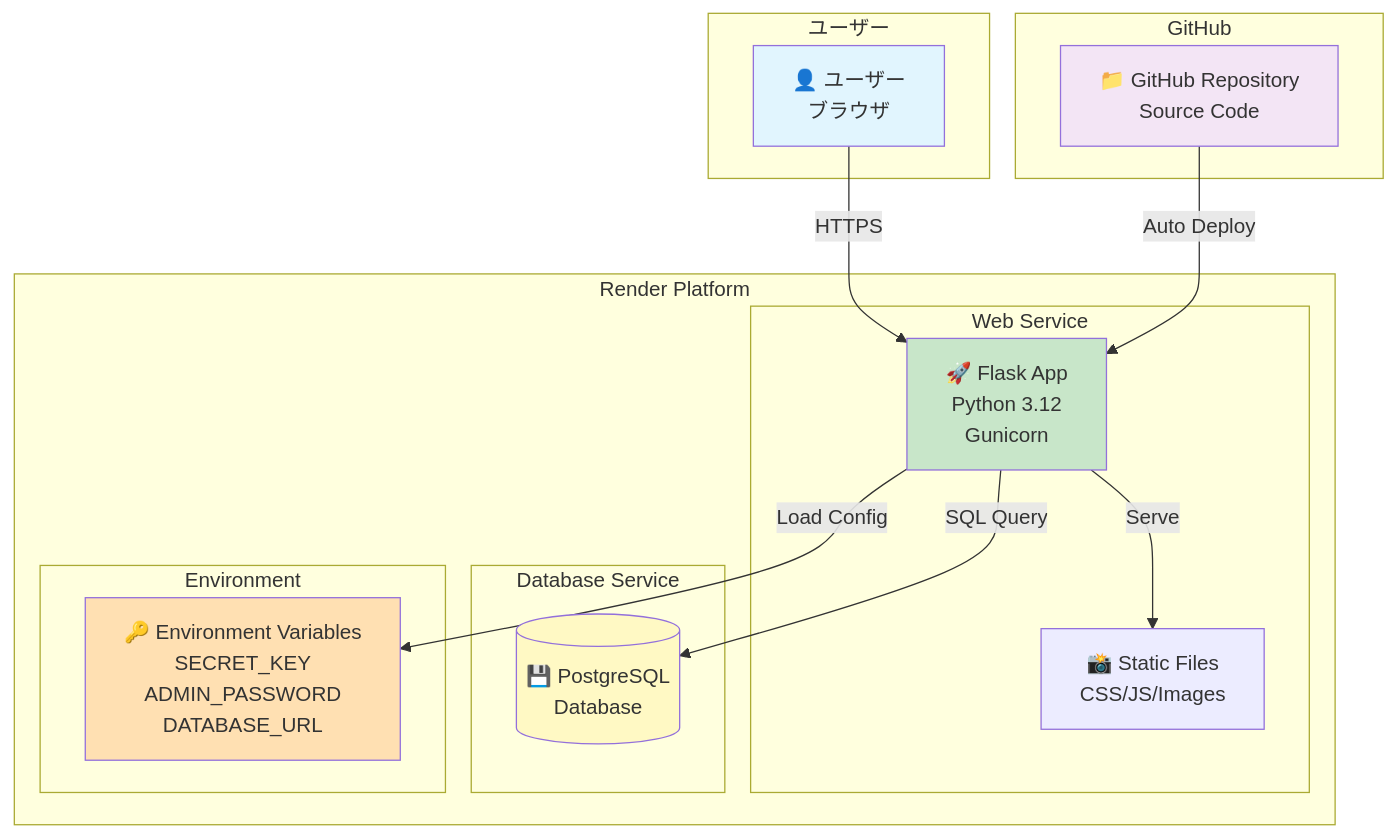
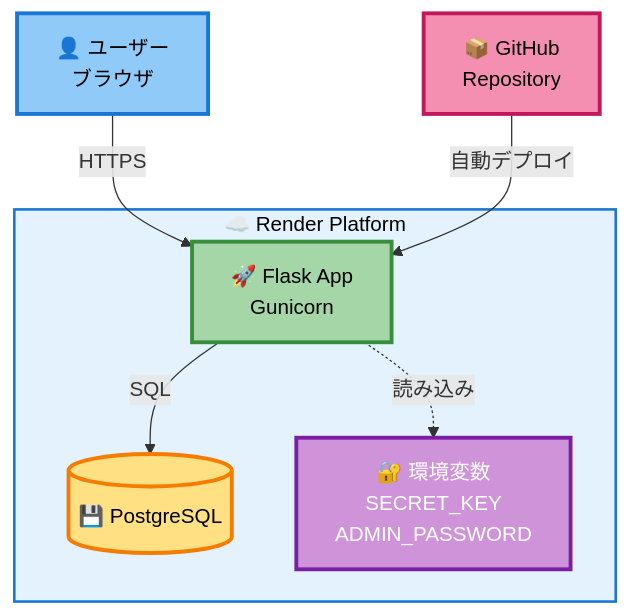
The second of 8 diagrams in docs/diagrams.md (d01ki/FE-master), drawn with Mermaid before and after one commit. The commit also changed other lines of this file, not shown here.

Commit message:
docs: Improve diagram readability with better text colors

````diff
--- a/docs/diagrams.md
+++ b/docs/diagrams.md
@@ -87,37 +87,24 @@
 ```mermaid
-graph TB
-    subgraph "ユーザー"
-        User["👤 ユーザー<br/>ブラウザ"]
+flowchart TB
+    User["👤 ユーザー<br/>ブラウザ"]
+    
+    subgraph Render["☁️ Render Platform"]
+        App["🚀 Flask App<br/>Gunicorn"]
+        DB[("💾 PostgreSQL")]
+        Env["🔐 環境変数<br/>SECRET_KEY<br/>ADMIN_PASSWORD"]
     end
-
-    subgraph "Render Platform"
-        subgraph "Web Service"
-            App["🚀 Flask App<br/>Python 3.12<br/>Gunicorn"]
-            Static["📸 Static Files<br/>CSS/JS/Images"]
-        end
-
-        subgraph "Database Service"
-            DB[("💾 PostgreSQL<br/>Database")]
-        end
-
-        subgraph "Environment"
-            Env["🔑 Environment Variables<br/>SECRET_KEY<br/>ADMIN_PASSWORD<br/>DATABASE_URL"]
-        end
-    end
-
-    subgraph "GitHub"
-        Repo["📁 GitHub Repository<br/>Source Code"]
-    end
-
+    
+    Repo["📦 GitHub<br/>Repository"]
+    
     User -->|HTTPS| App
-    App -->|SQL Query| DB
-    App -->|Load Config| Env
-    App -->|Serve| Static
-    Repo -->|Auto Deploy| App
+    App -->|SQL| DB
+    App -.->|読み込み| Env
+    Repo -->|自動デプロイ| App
     
-    style User fill:#e1f5fe
-    style App fill:#c8e6c9
-    style DB fill:#fff9c4
-    style Env fill:#ffe0b2
-    style Repo fill:#f3e5f5
+    style User fill:#90CAF9,stroke:#1976D2,stroke-width:3px,color:#000
+    style App fill:#A5D6A7,stroke:#388E3C,stroke-width:3px,color:#000
+    style DB fill:#FFE082,stroke:#F57C00,stroke-width:3px,color:#000
+    style Env fill:#CE93D8,stroke:#7B1FA2,stroke-width:3px,color:#fff
+    style Repo fill:#F48FB1,stroke:#C2185B,stroke-width:3px,color:#000
+    style Render fill:#E3F2FD,stroke:#1976D2,stroke-width:2px,color:#000
 ```
````
